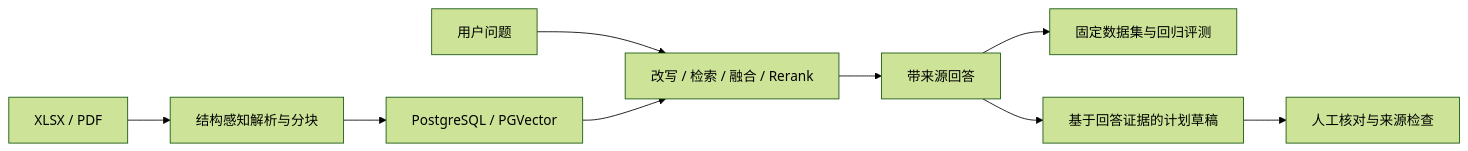
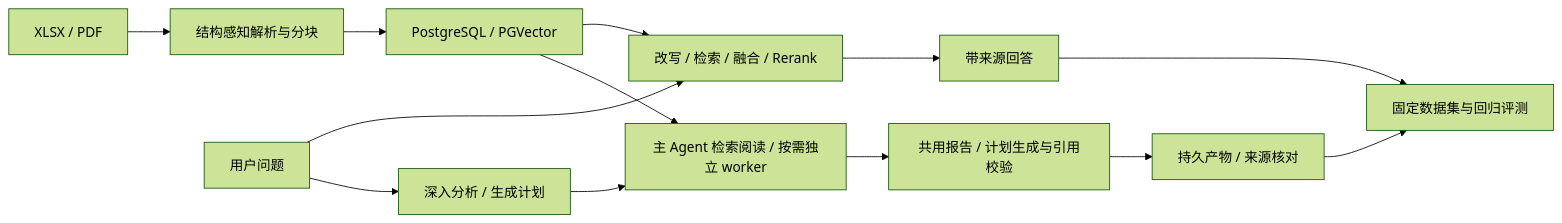
One commit to qiyu-lu/ragent changed the diagram in README.md. Above: the diagram before and after it, drawn with Mermaid (forest theme). The commit also changed other lines of this file and 14 other files, not shown here.

````diff
--- a/README.md
+++ b/README.md
@@ -9,11 +11,15 @@
 ```mermaid
 flowchart LR
     A[XLSX / PDF] --> B[结构感知解析与分块]
     B --> C[PostgreSQL / PGVector]
     Q[用户问题] --> D[改写 / 检索 / 融合 / Rerank]
     C --> D
     D --> E[带来源回答]
+    Q --> R[深入分析 / 生成计划]
+    R --> S[主 Agent 检索阅读 / 按需独立 worker]
+    C --> S
+    S --> G[共用报告 / 计划生成与引用校验]
+    G --> H[持久产物 / 来源核对]
     E --> F[固定数据集与回归评测]
-    E --> G[基于回答证据的计划草稿]
-    G --> H[人工核对与来源检查]
+    H --> F
 ```
````
